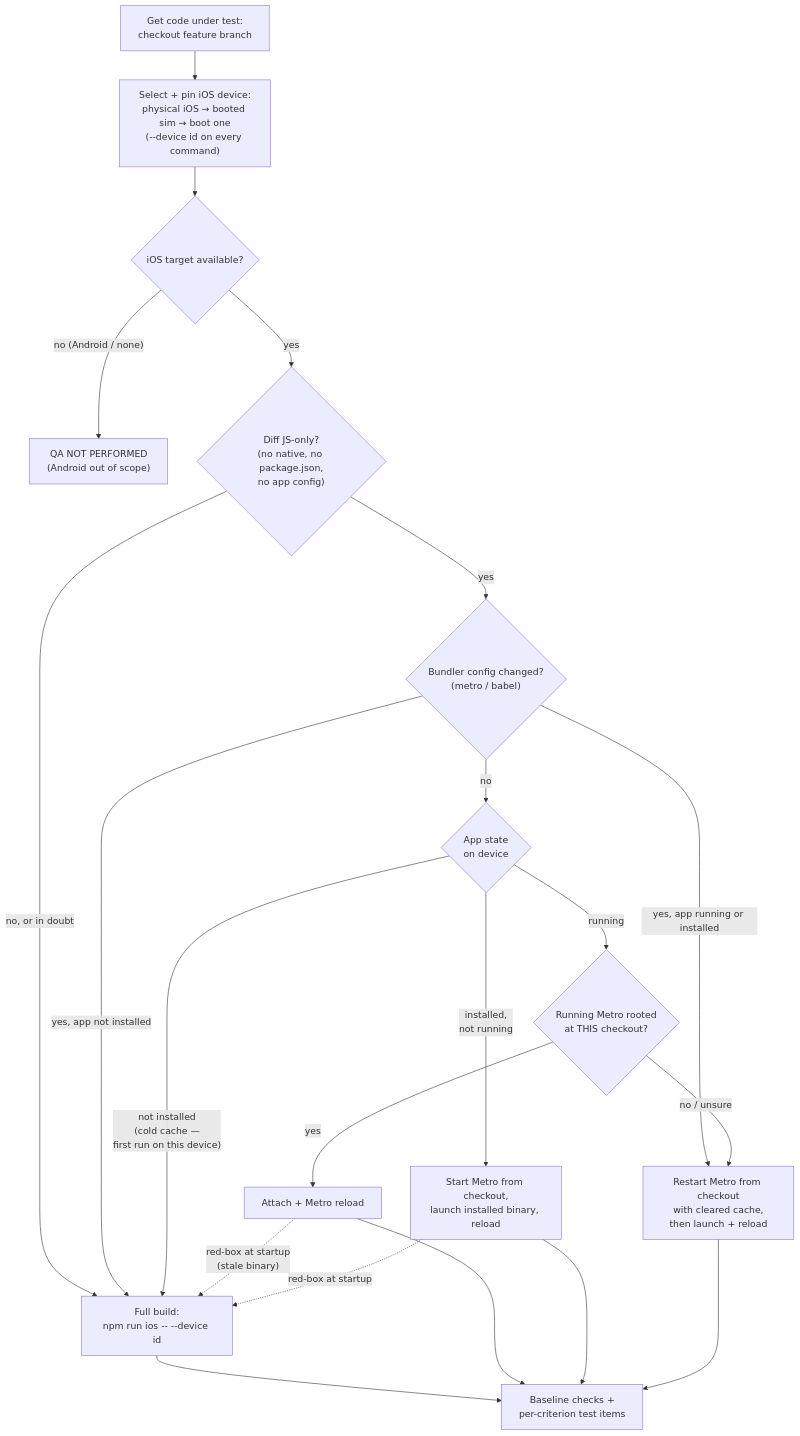
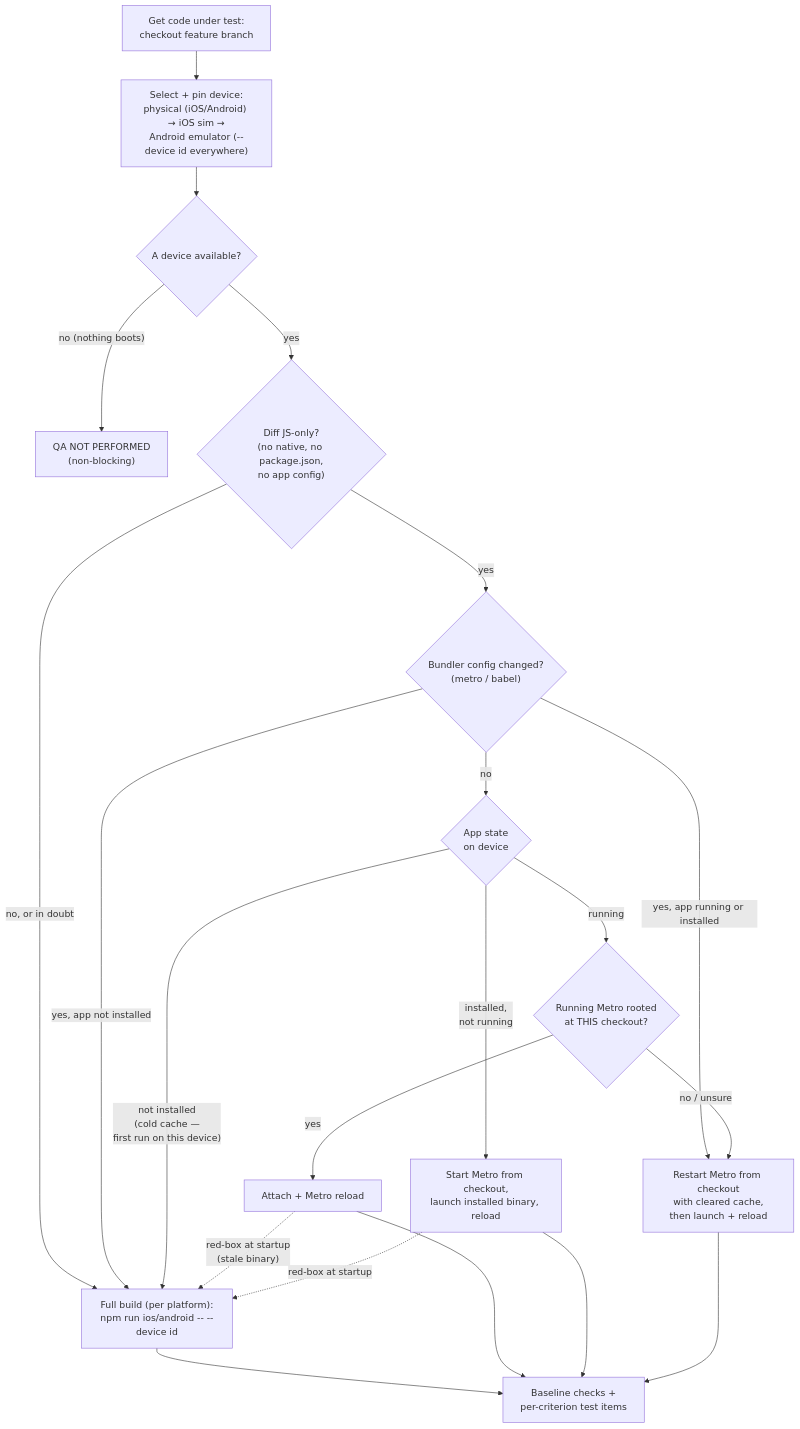
One commit to timothyrusso/ai-travel-planner-app changed the second of 2 diagrams in wiki/docs/AGENTIC_WORKFLOW.md. Above: the diagram before and after it, drawn with Mermaid. The commit also changed other lines of this file and 1 other file, not shown here.

First line of the commit message:
fix(427): support Android in device selection, not just iOS

````diff
--- a/wiki/docs/AGENTIC_WORKFLOW.md
+++ b/wiki/docs/AGENTIC_WORKFLOW.md
@@ -199,23 +200,23 @@
 ```mermaid
 flowchart TD
-    START["Get code under test:<br/>checkout feature branch"] --> SELECT["Select + pin iOS device:<br/>physical iOS → booted sim → boot one<br/>(--device id on every command)"]
-    SELECT --> IOS{"iOS target available?"}
-    IOS -->|"no (Android / none)"| NOTPERF["QA NOT PERFORMED<br/>(Android out of scope)"]
-    IOS -->|"yes"| JS{"Diff JS-only?<br/>(no native, no package.json,<br/>no app config)"}
-    JS -->|"no, or in doubt"| FULL["Full build:<br/>npm run ios -- --device id"]
+    START["Get code under test:<br/>checkout feature branch"] --> SELECT["Select + pin device:<br/>physical (iOS/Android) → iOS sim →<br/>Android emulator (--device id everywhere)"]
+    SELECT --> AVAIL{"A device available?"}
+    AVAIL -->|"no (nothing boots)"| NOTPERF["QA NOT PERFORMED<br/>(non-blocking)"]
+    AVAIL -->|"yes"| JS{"Diff JS-only?<br/>(no native, no package.json,<br/>no app config)"}
+    JS -->|"no, or in doubt"| FULL["Full build (per platform):<br/>npm run ios/android -- --device id"]
     JS -->|"yes"| BC{"Bundler config changed?<br/>(metro / babel)"}
     BC -->|"yes, app running or installed"| RESTART["Restart Metro from checkout<br/>with cleared cache,<br/>then launch + reload"]
     BC -->|"yes, app not installed"| FULL
     BC -->|"no"| STATE{"App state<br/>on device"}
     STATE -->|"running"| ROOT{"Running Metro rooted<br/>at THIS checkout?"}
     ROOT -->|"yes"| ATTACH["Attach + Metro reload"]
     ROOT -->|"no / unsure"| RESTART
     STATE -->|"installed,<br/>not running"| LAUNCH["Start Metro from checkout,<br/>launch installed binary, reload"]
     STATE -->|"not installed<br/>(cold cache —<br/>first run on this device)"| FULL
     FULL --> TEST["Baseline checks +<br/>per-criterion test items"]
     ATTACH --> TEST
     LAUNCH --> TEST
     RESTART --> TEST
     ATTACH -.->|"red-box at startup<br/>(stale binary)"| FULL
     LAUNCH -.->|"red-box at startup"| FULL
 ```
````
